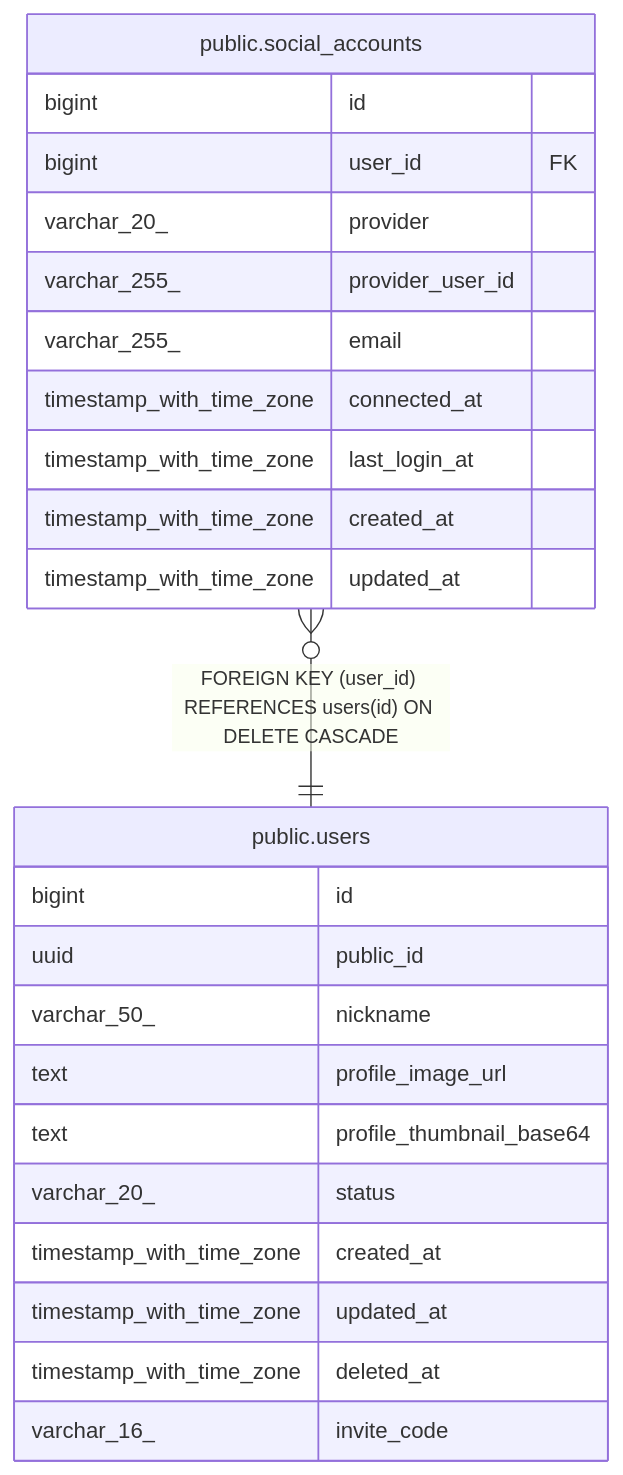
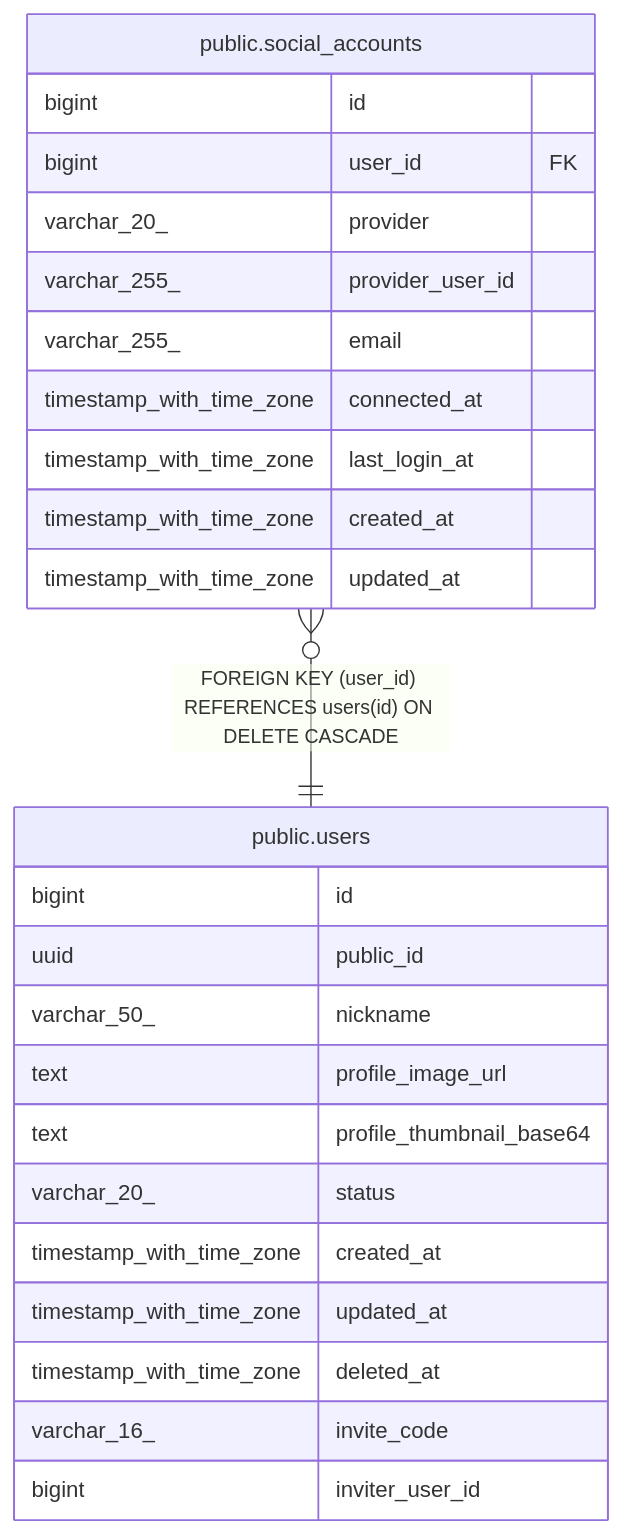
The diagram in dbdoc/public.social_accounts.md (KIM-N-KANG/manyak-server), drawn with Mermaid before and after one commit. The commit also changed 13 other files, not shown here.

````diff
--- a/dbdoc/public.social_accounts.md
+++ b/dbdoc/public.social_accounts.md
@@ -36,29 +36,30 @@
 ```mermaid
 erDiagram
 
 "public.social_accounts" }o--|| "public.users" : "FOREIGN KEY (user_id) REFERENCES users(id) ON DELETE CASCADE"
 
 "public.social_accounts" {
   bigint id
   bigint user_id FK
   varchar_20_ provider
   varchar_255_ provider_user_id
   varchar_255_ email
   timestamp_with_time_zone connected_at
   timestamp_with_time_zone last_login_at
   timestamp_with_time_zone created_at
   timestamp_with_time_zone updated_at
 }
 "public.users" {
   bigint id
   uuid public_id
   varchar_50_ nickname
   text profile_image_url
   text profile_thumbnail_base64
   varchar_20_ status
   timestamp_with_time_zone created_at
   timestamp_with_time_zone updated_at
   timestamp_with_time_zone deleted_at
   varchar_16_ invite_code
+  bigint inviter_user_id
 }
 ```
````
